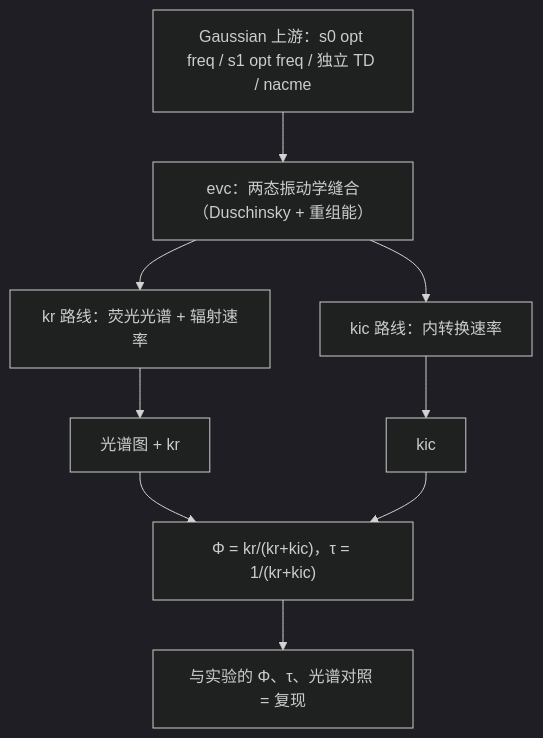
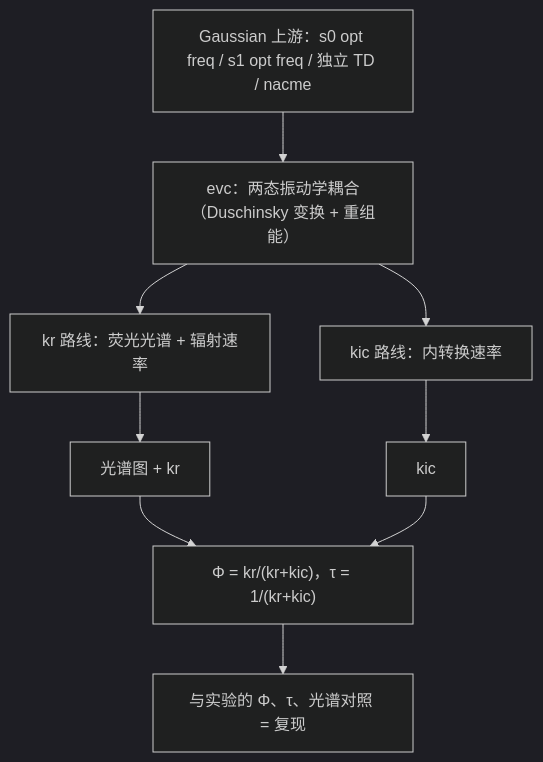
The diagram in knowledge/instrument/MOMAP/MOMAP 荧光光谱与速率：完整流程与结果解读.md (sinx9cosx/notes), drawn with Mermaid (dark theme) before and after one commit. The commit also changed other lines of this file and 1 other file, not shown here.

````diff
--- a/knowledge/instrument/MOMAP/MOMAP 荧光光谱与速率：完整流程与结果解读.md
+++ b/knowledge/instrument/MOMAP/MOMAP 荧光光谱与速率：完整流程与结果解读.md
@@ -17,11 +17,11 @@
 ```mermaid
 graph TD
-    A["Gaussian 上游：s0 opt freq / s1 opt freq / 独立 TD / nacme"] --> B["evc：两态振动学缝合（Duschinsky + 重组能）"]
+    A["Gaussian 上游：s0 opt freq / s1 opt freq / 独立 TD / nacme"] --> B["evc：两态振动学耦合（Duschinsky 变换 + 重组能）"]
     B --> C["kr 路线：荧光光谱 + 辐射速率"]
     B --> D["kic 路线：内转换速率"]
     C --> E["光谱图 + kr"]
     D --> F["kic"]
     E --> G["Φ = kr/(kr+kic)，τ = 1/(kr+kic)"]
     F --> G
     G --> H["与实验的 Φ、τ、光谱对照 = 复现"]
 ```
````
